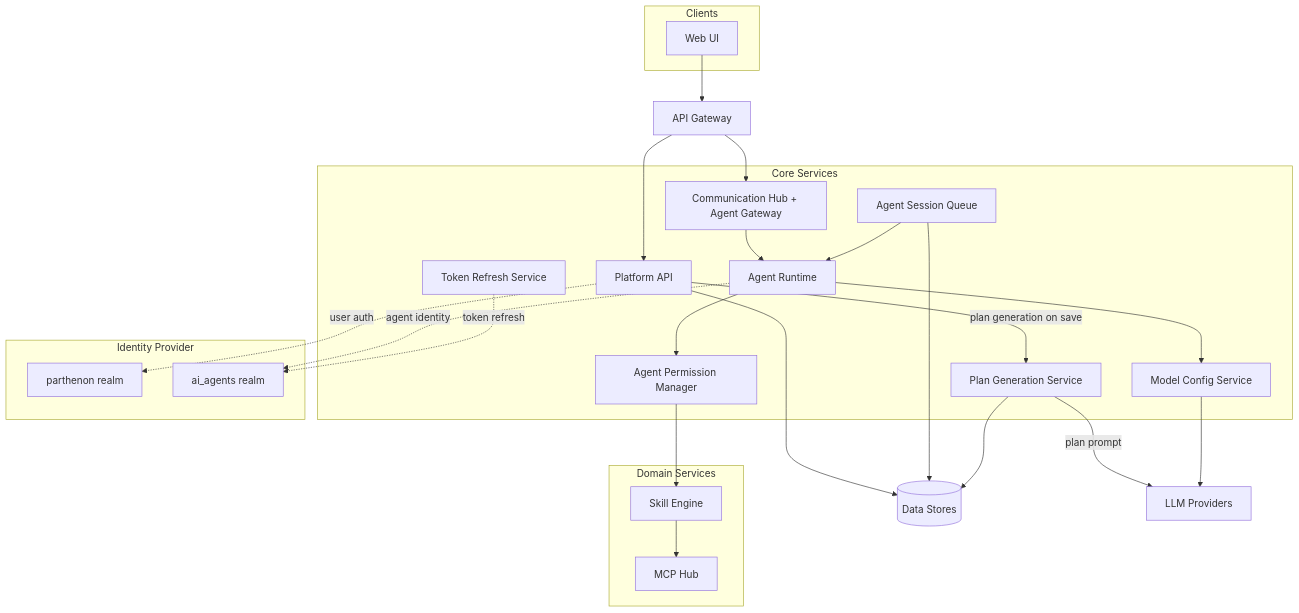
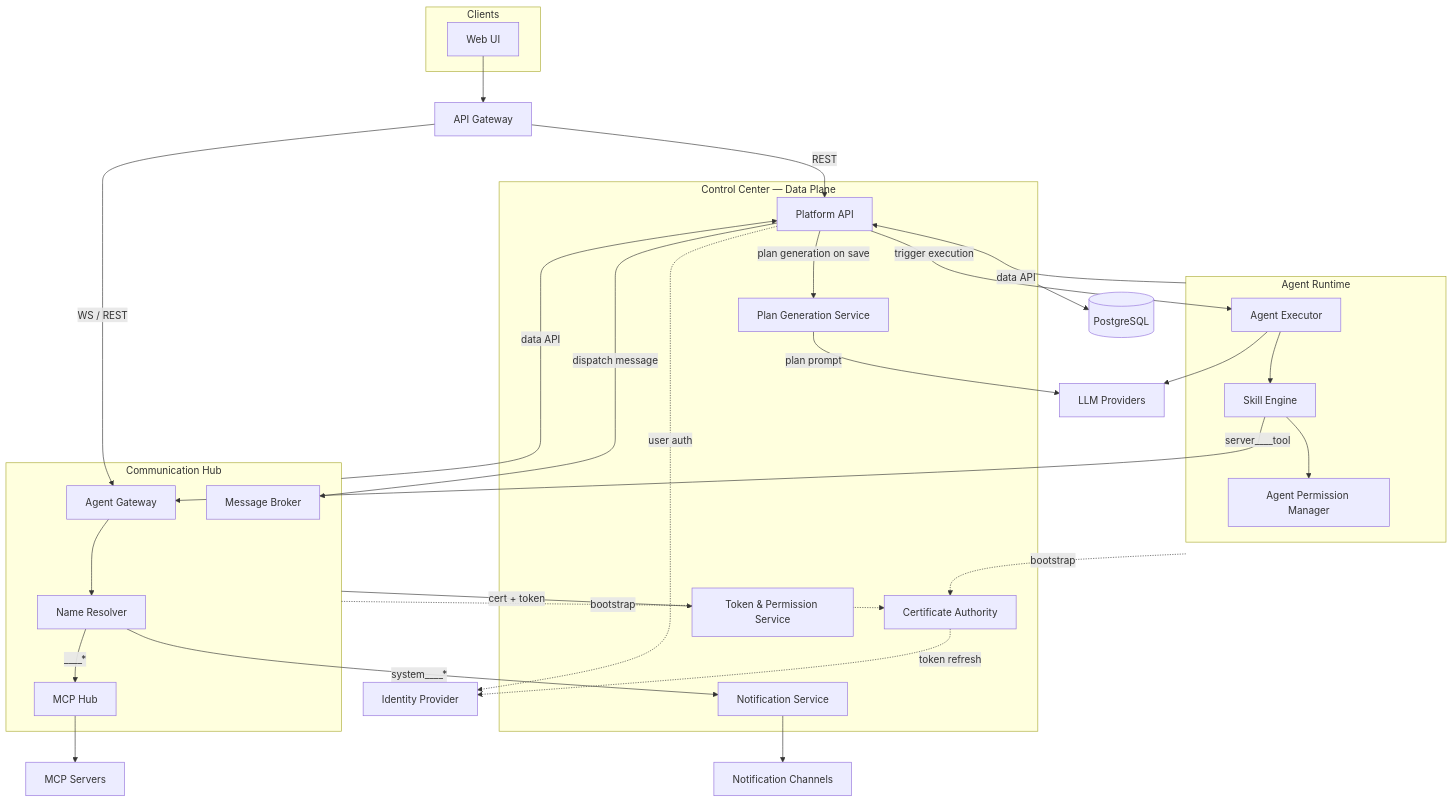
One commit to hurungang/parthenon changed the diagram in docs/master/architecture/system-overview.md. Above: the diagram before and after it, drawn with Mermaid. The commit also changed other lines of this file and 496 other files, not shown here.

````diff
--- a/docs/master/architecture/system-overview.md
+++ b/docs/master/architecture/system-overview.md
@@ -7,52 +15,60 @@
 ```mermaid
 flowchart TB
     subgraph Clients
         WebUI[Web UI]
     end
 
-    Nginx[API Gateway]
+    GW[API Gateway]
 
-    subgraph Core[Core Services]
-        API[Platform API]
+    subgraph ControlCenter["Control Center — Data Plane"]
+        PlatformAPI[Platform API]
         PGS[Plan Generation Service]
-        CH[Communication Hub + Agent Gateway]
-        AR[Agent Runtime]
-        APM[Agent Permission Manager]
-        AJQ[Agent Session Queue]
-        MCS[Model Config Service]
-        TRS[Token Refresh Service]
+        CertAuth[Certificate Authority]
+        TokenSvc[Token & Permission Service]
+        NotifSvc[Notification Service]
     end
 
-    subgraph Domain[Domain Services]
-        SE[Skill Engine]
-        MCP[MCP Hub]
+    subgraph AgentRuntime["Agent Runtime"]
+        Executor[Agent Executor]
+        SkillEng[Skill Engine]
+        APM[Agent Permission Manager]
     end
 
-    DS[(Data Stores)]
-
-    subgraph IdP[Identity Provider]
-        UserRealm[parthenon realm]
-        AgentRealm[ai_agents realm]
+    subgraph CommHub["Communication Hub"]
+        AgentGW[Agent Gateway]
+        Broker[Message Broker]
+        NameResolver[Name Resolver]
+        MCPHub[MCP Hub]
     end
 
+    DB[(PostgreSQL)]
     LLM[LLM Providers]
+    IdP[Identity Provider]
+    MCPServers[MCP Servers]
+    ExtChannels[Notification Channels]
 
-    WebUI --> Nginx
-    Nginx --> API
-    Nginx --> CH
-    API -->|plan generation on save| PGS
+    WebUI --> GW
+    GW -->|REST| PlatformAPI
+    GW -->|WS / REST| AgentGW
+    PlatformAPI -->|plan generation on save| PGS
     PGS -->|plan prompt| LLM
-    CH --> AR
-    AJQ --> AR
-    AR --> APM
-    AR --> MCS
-    MCS --> LLM
-    APM --> SE
-    SE --> MCP
-    API --> DS
-    AJQ --> DS
-    PGS --> DS
-    API -.->|user auth| UserRealm
-    AR -.->|agent identity| AgentRealm
-    TRS -.->|token refresh| AgentRealm
+    ControlCenter --> DB
+    AgentRuntime -.->|bootstrap| CertAuth
+    CommHub -.->|bootstrap| CertAuth
+    AgentRuntime -->|data API| PlatformAPI
+    CommHub -->|data API| PlatformAPI
+    CommHub -->|cert + token| TokenSvc
+    PlatformAPI -->|trigger execution| Executor
+    PlatformAPI -->|dispatch message| Broker
+    Executor --> SkillEng
+    SkillEng --> APM
+    SkillEng -->|"server____tool"| AgentGW
+    AgentGW --> NameResolver
+    NameResolver -->|"system____*"| NotifSvc
+    NameResolver -->|"<server>____*"| MCPHub
+    MCPHub --> MCPServers
+    NotifSvc --> ExtChannels
+    Executor --> LLM
+    PlatformAPI -.->|user auth| IdP
+    CertAuth -.->|token refresh| IdP
 ```
````
